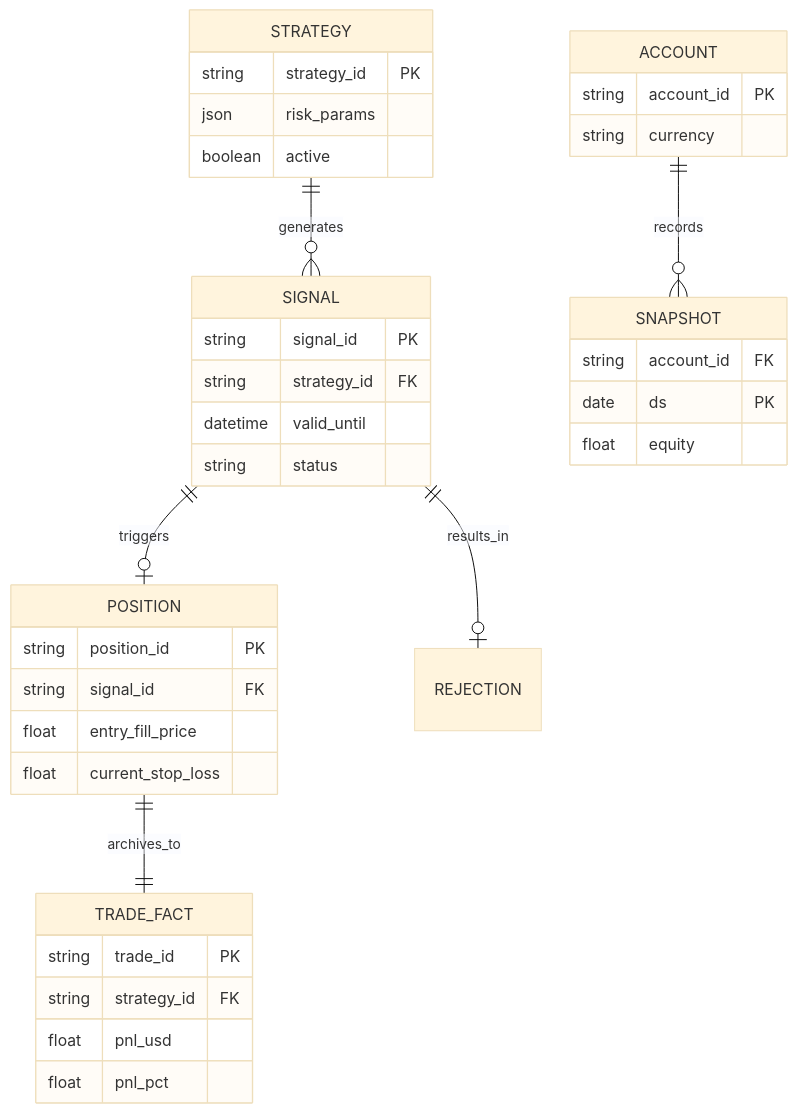
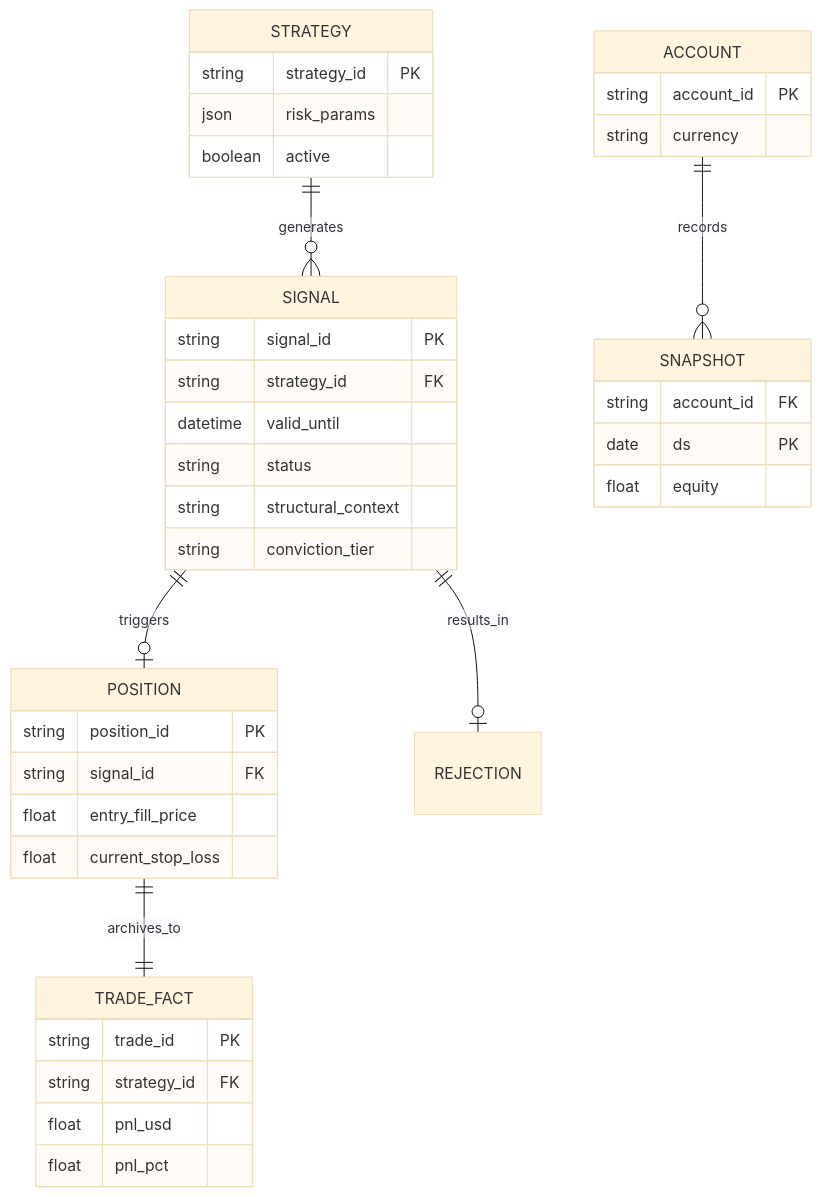
Before and after one commit to lagarcess/crypto-signals: the diagram in docs/architecture/data-architecture.md, drawn with Mermaid (base theme). The commit also changed 11 other files, not shown here.

First line of the commit message:
feat: implement Multi-Layer Signal Architecture (#326)

````diff
--- a/docs/architecture/data-architecture.md
+++ b/docs/architecture/data-architecture.md
@@ -16,41 +16,43 @@
 ```mermaid
 erDiagram
     STRATEGY ||--o{ SIGNAL : generates
     SIGNAL ||--o| POSITION : triggers
     SIGNAL ||--o| REJECTION : results_in
     POSITION ||--|| TRADE_FACT : archives_to
     ACCOUNT ||--o{ SNAPSHOT : records
 
     STRATEGY {
         string strategy_id PK
         json risk_params
         boolean active
     }
     SIGNAL {
         string signal_id PK
         string strategy_id FK
         datetime valid_until
         string status
+        string structural_context
+        string conviction_tier
     }
     POSITION {
         string position_id PK
         string signal_id FK
         float entry_fill_price
         float current_stop_loss
     }
     TRADE_FACT {
         string trade_id PK
         string strategy_id FK
         float pnl_usd
         float pnl_pct
     }
     ACCOUNT {
         string account_id PK
         string currency
     }
     SNAPSHOT {
         string account_id FK
         date ds PK
         float equity
     }
 ```
````
